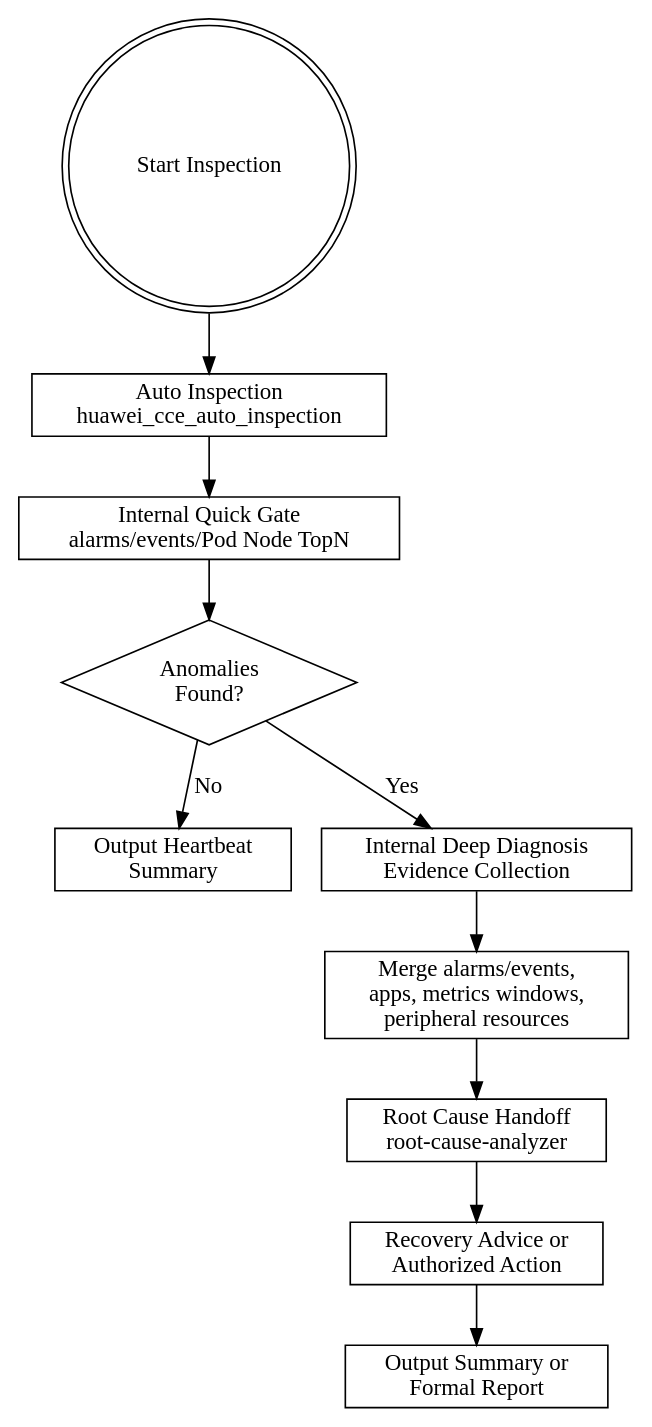
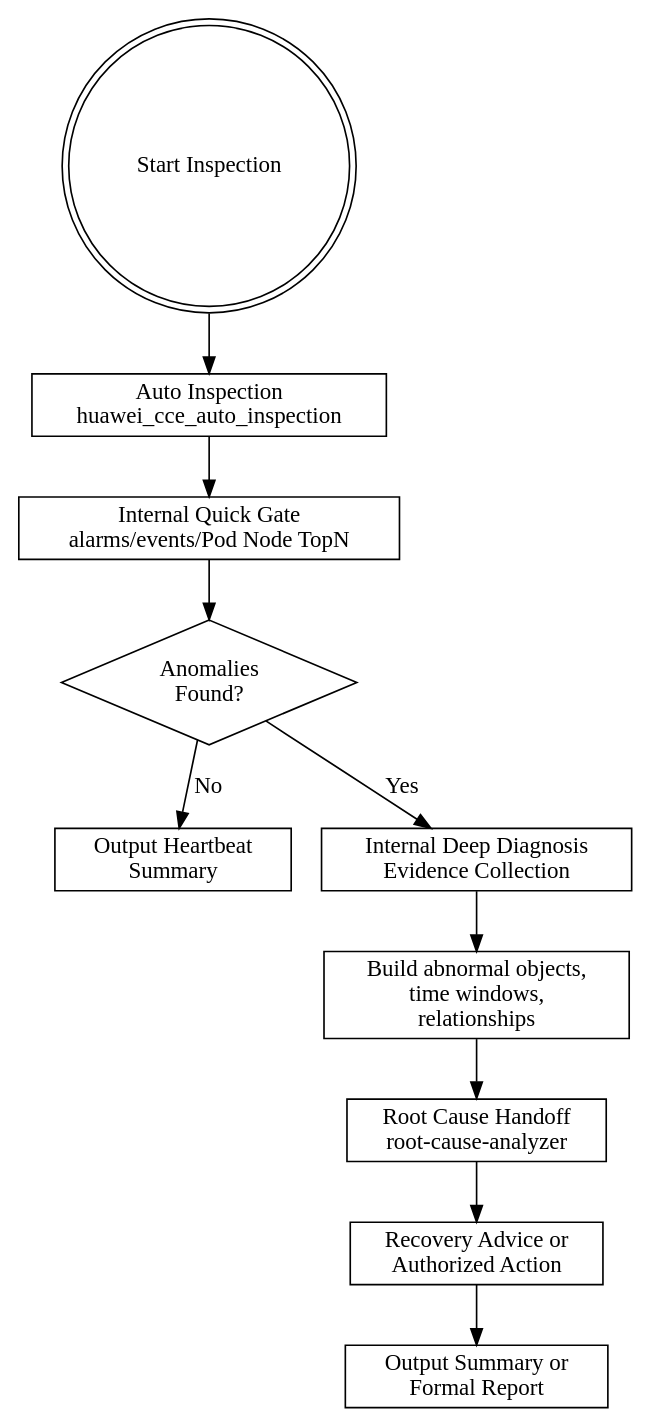
Before and after one commit to pancake0001/huawei-cloudnative-skills: the diagram in releases/container/cce/huawei-cloud-cce-daily-cluster-inspector/SKILL.md, drawn with Graphviz. The commit also changed other lines of this file and 3 other files, not shown here.

````diff
--- a/releases/container/cce/huawei-cloud-cce-daily-cluster-inspector/SKILL.md
+++ b/releases/container/cce/huawei-cloud-cce-daily-cluster-inspector/SKILL.md
@@ -78,25 +78,25 @@
 ```dot
 digraph inspection_flow {
     rankdir=TB;
     start [shape=doublecircle label="Start Inspection"];
     auto [shape=box label="Auto Inspection\nhuawei_cce_auto_inspection"];
     quick [shape=box label="Internal Quick Gate\nalarms/events/Pod Node TopN"];
     healthy [shape=box label="Output Heartbeat\nSummary"];
     anomaly [shape=diamond label="Anomalies\nFound?"];
     deep [shape=box label="Internal Deep Diagnosis\nEvidence Collection"];
-    classify [shape=box label="Merge alarms/events,\napps, metrics windows,\nperipheral resources"];
+    classify [shape=box label="Build abnormal objects,\ntime windows,\nrelationships"];
     rca [shape=box label="Root Cause Handoff\nroot-cause-analyzer"];
     remediation [shape=box label="Recovery Advice or\nAuthorized Action"];
     report [shape=box label="Output Summary or\nFormal Report"];
 
     start -> auto;
     auto -> quick;
     quick -> anomaly;
     anomaly -> healthy [label="No"];
     anomaly -> deep [label="Yes"];
     deep -> classify;
     classify -> rca;
     rca -> remediation;
     remediation -> report;
 }
 ```
````
